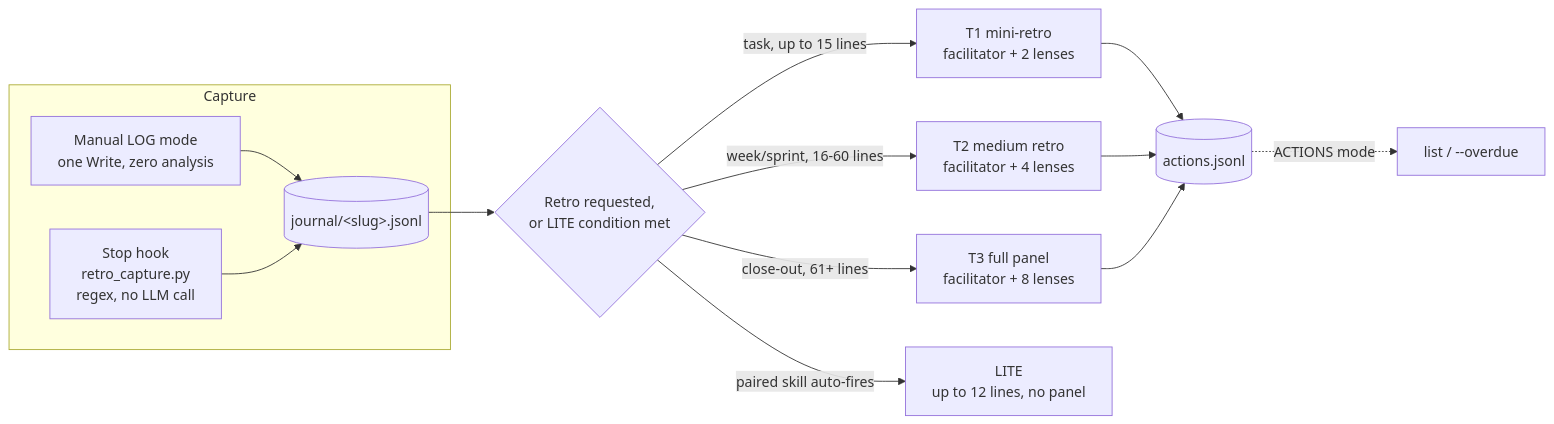
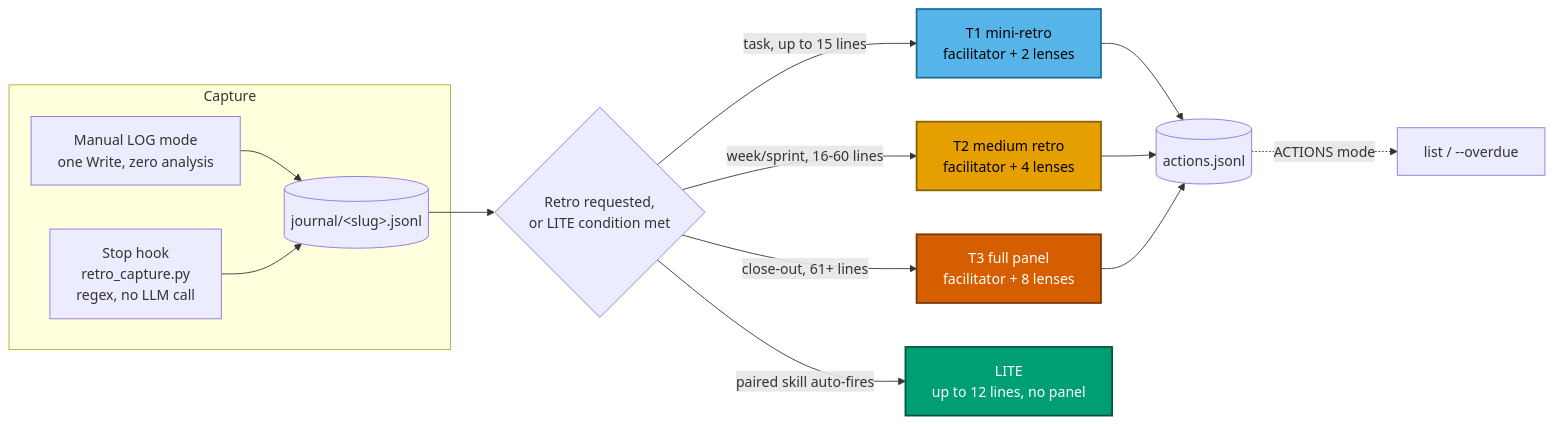
One commit to AdiMendelowitz/instrumented_skills changed the diagram in retrospective/README.md. Above: the diagram before and after it, drawn with Mermaid. The commit also changed other lines of this file and 5 other files, not shown here.

````diff
--- a/retrospective/README.md
+++ b/retrospective/README.md
@@ -23,16 +38,25 @@
 ```mermaid
 flowchart LR
     subgraph Capture
     M[Manual LOG mode<br/>one Write, zero analysis] --> J[(journal/&lt;slug&gt;.jsonl)]
     H[Stop hook<br/>retro_capture.py<br/>regex, no LLM call] --> J
     end
     J --> Trigger{Retro requested,<br/>or LITE condition met}
     Trigger -->|task, up to 15 lines| T1[T1 mini-retro<br/>facilitator + 2 lenses]
     Trigger -->|week/sprint, 16-60 lines| T2[T2 medium retro<br/>facilitator + 4 lenses]
     Trigger -->|close-out, 61+ lines| T3[T3 full panel<br/>facilitator + 8 lenses]
     Trigger -->|paired skill auto-fires| LITE[LITE<br/>up to 12 lines, no panel]
     T1 --> AJ[(actions.jsonl)]
     T2 --> AJ
     T3 --> AJ
     AJ -.->|ACTIONS mode| Q[list / --overdue]
+
+    classDef t1 fill:#56B4E9,stroke:#1b6d99,stroke-width:2px,color:#000
+    classDef t2 fill:#E69F00,stroke:#8a5f00,stroke-width:2px,color:#000
+    classDef t3 fill:#D55E00,stroke:#7a3500,stroke-width:2px,color:#fff
+    classDef lite fill:#009E73,stroke:#00563e,stroke-width:2px,color:#fff
+    class T1 t1
+    class T2 t2
+    class T3 t3
+    class LITE lite
 ```
````
